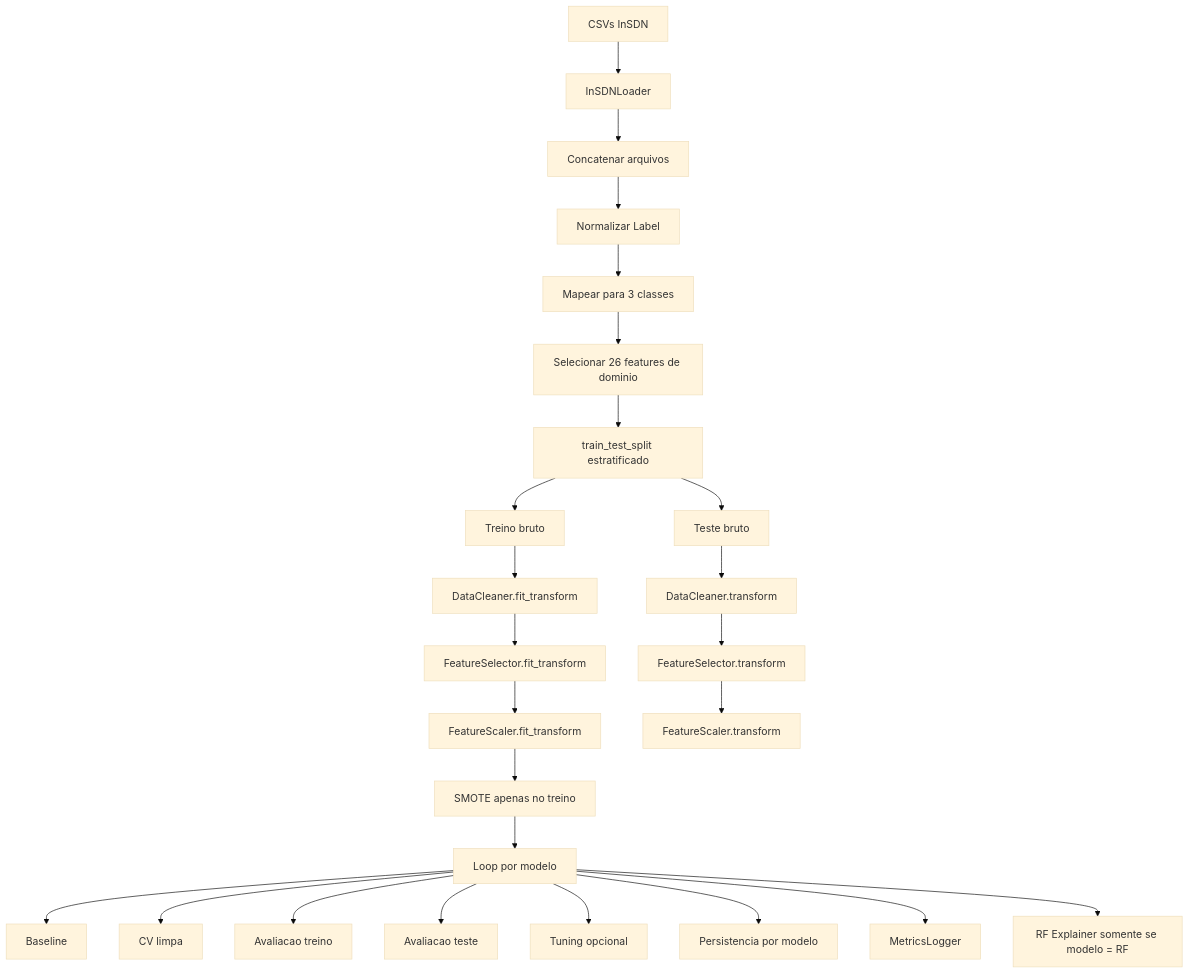
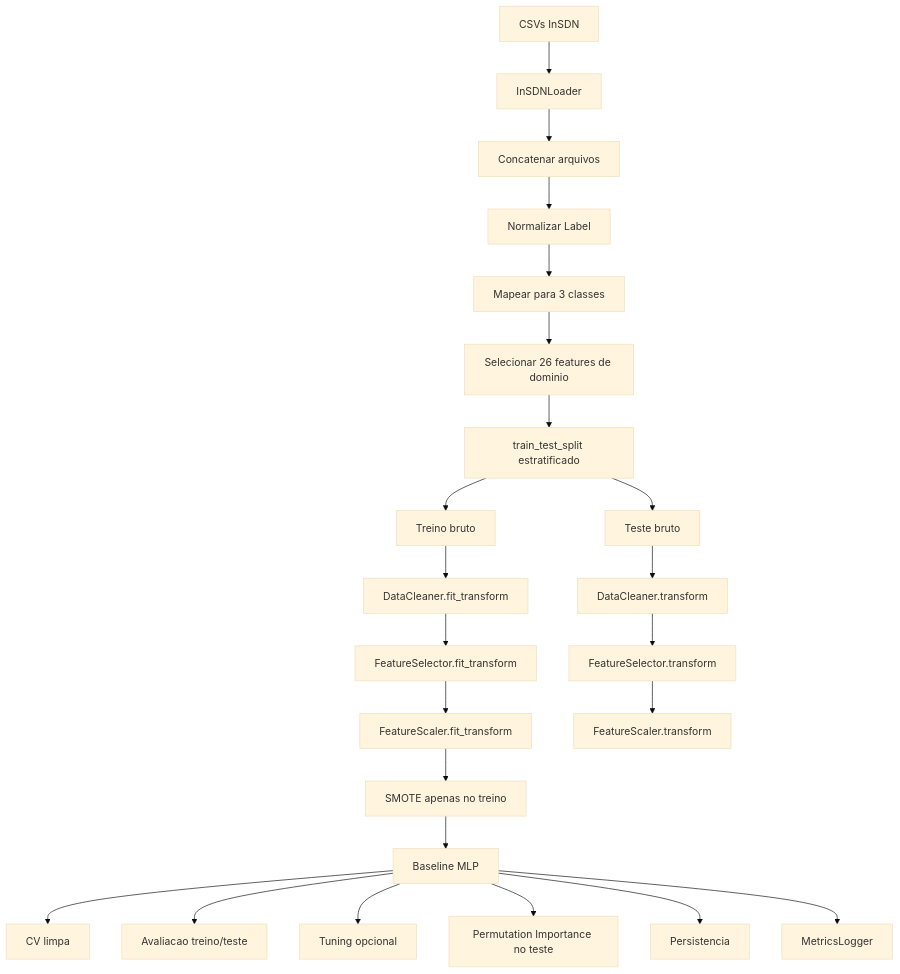
One commit to Joao-Victor01/sdn_ml_ddos_detection changed the second of 4 diagrams in docs/documentacao_tecnica_ml.md. Above: the diagram before and after it, drawn with Mermaid (base theme). The commit also changed other lines of this file and 55 other files, not shown here.

````diff
--- a/docs/documentacao_tecnica_ml.md
+++ b/docs/documentacao_tecnica_ml.md
@@ -122,34 +119,31 @@
 ```mermaid
 graph TD
     A[CSVs InSDN] --> B[InSDNLoader]
     B --> C[Concatenar arquivos]
     C --> D[Normalizar Label]
     D --> E[Mapear para 3 classes]
     E --> F[Selecionar 26 features de dominio]
     F --> G[train_test_split estratificado]
 
     G --> H[Treino bruto]
     G --> I[Teste bruto]
 
     H --> J[DataCleaner.fit_transform]
     I --> K[DataCleaner.transform]
 
     J --> L[FeatureSelector.fit_transform]
     K --> M[FeatureSelector.transform]
 
     L --> N[FeatureScaler.fit_transform]
     M --> O[FeatureScaler.transform]
 
     N --> P[SMOTE apenas no treino]
-    P --> Q[Loop por modelo]
+    P --> Q[Baseline MLP]
 
-    Q --> R[Baseline]
-    Q --> S[CV limpa]
-    Q --> T[Avaliacao treino]
-    Q --> U[Avaliacao teste]
-    Q --> V[Tuning opcional]
-    Q --> W[Persistencia por modelo]
-    Q --> X[MetricsLogger]
-
-    Q --> Y[RF Explainer somente se modelo = RF]
+    Q --> R[CV limpa]
+    Q --> S[Avaliacao treino/teste]
+    Q --> T[Tuning opcional]
+    Q --> U[Permutation Importance no teste]
+    Q --> V[Persistencia]
+    Q --> W[MetricsLogger]
 ```
````
